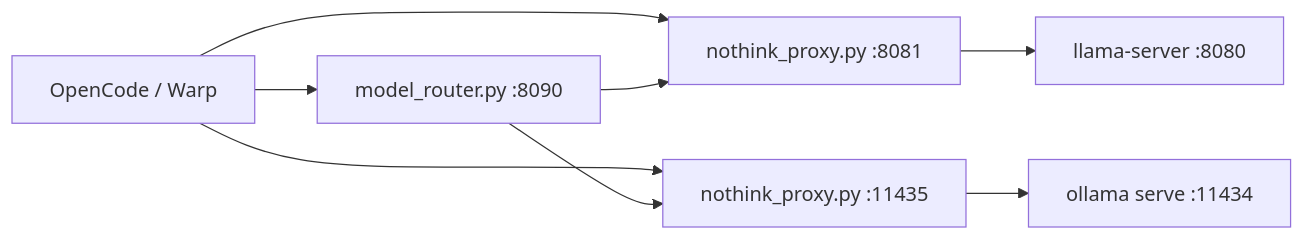
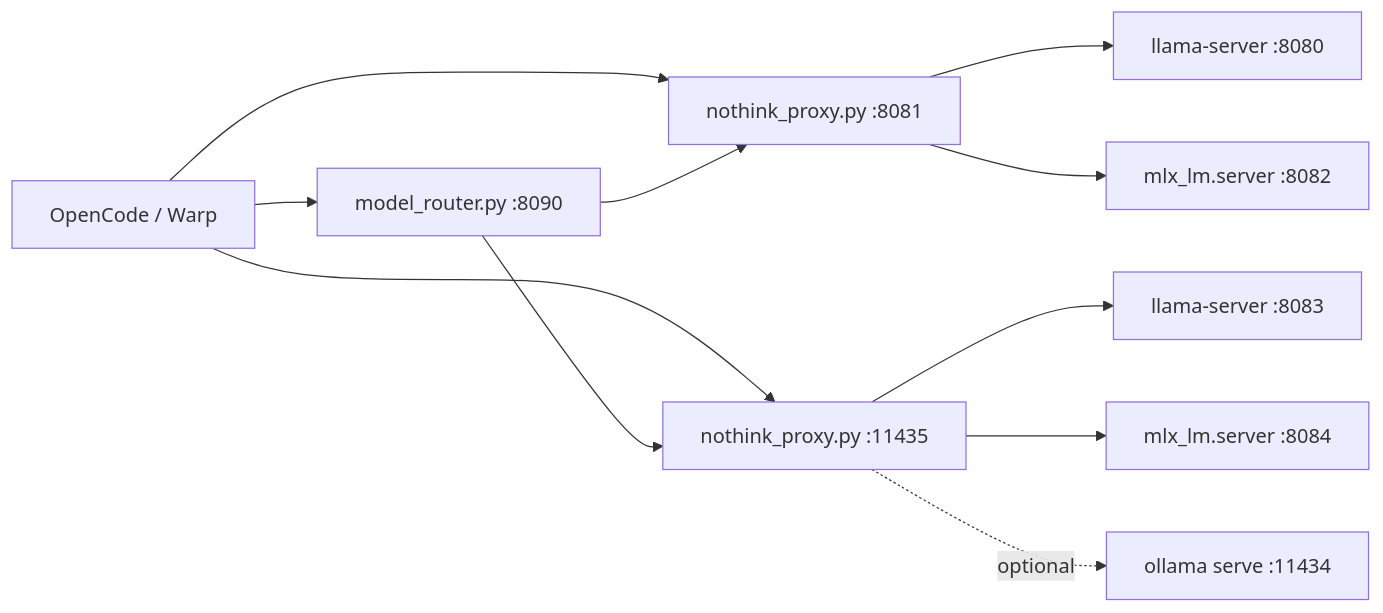
The diagram in docs/ARCHITECTURE.md (roubachof/ai-local-dev), drawn with Mermaid before and after one commit. The commit also changed other lines of this file and 19 other files, not shown here.

````diff
--- a/docs/ARCHITECTURE.md
+++ b/docs/ARCHITECTURE.md
@@ -7,17 +7,23 @@
 ```mermaid
 flowchart LR
     C[OpenCode / Warp]
     P27[nothink_proxy.py :8081]
     P35[nothink_proxy.py :11435]
     R[model_router.py :8090]
-    Llama[llama-server :8080]
+    Llama27[llama-server :8080]
+    Llama35[llama-server :8083]
+    Mlx27[mlx_lm.server :8082]
+    Mlx35[mlx_lm.server :8084]
     Ollama[ollama serve :11434]
 
     C --> P27
     C --> P35
     C --> R
     R --> P27
     R --> P35
-    P27 --> Llama
-    P35 --> Ollama
+    P27 --> Llama27
+    P27 --> Mlx27
+    P35 --> Llama35
+    P35 --> Mlx35
+    P35 -. optional .-> Ollama
 ```
````
